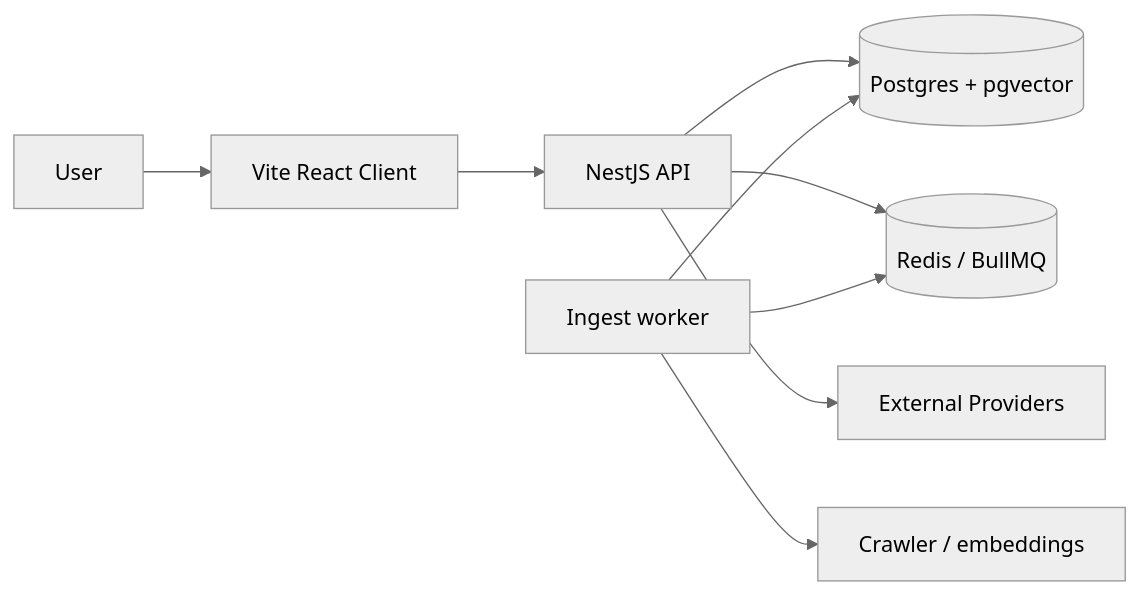
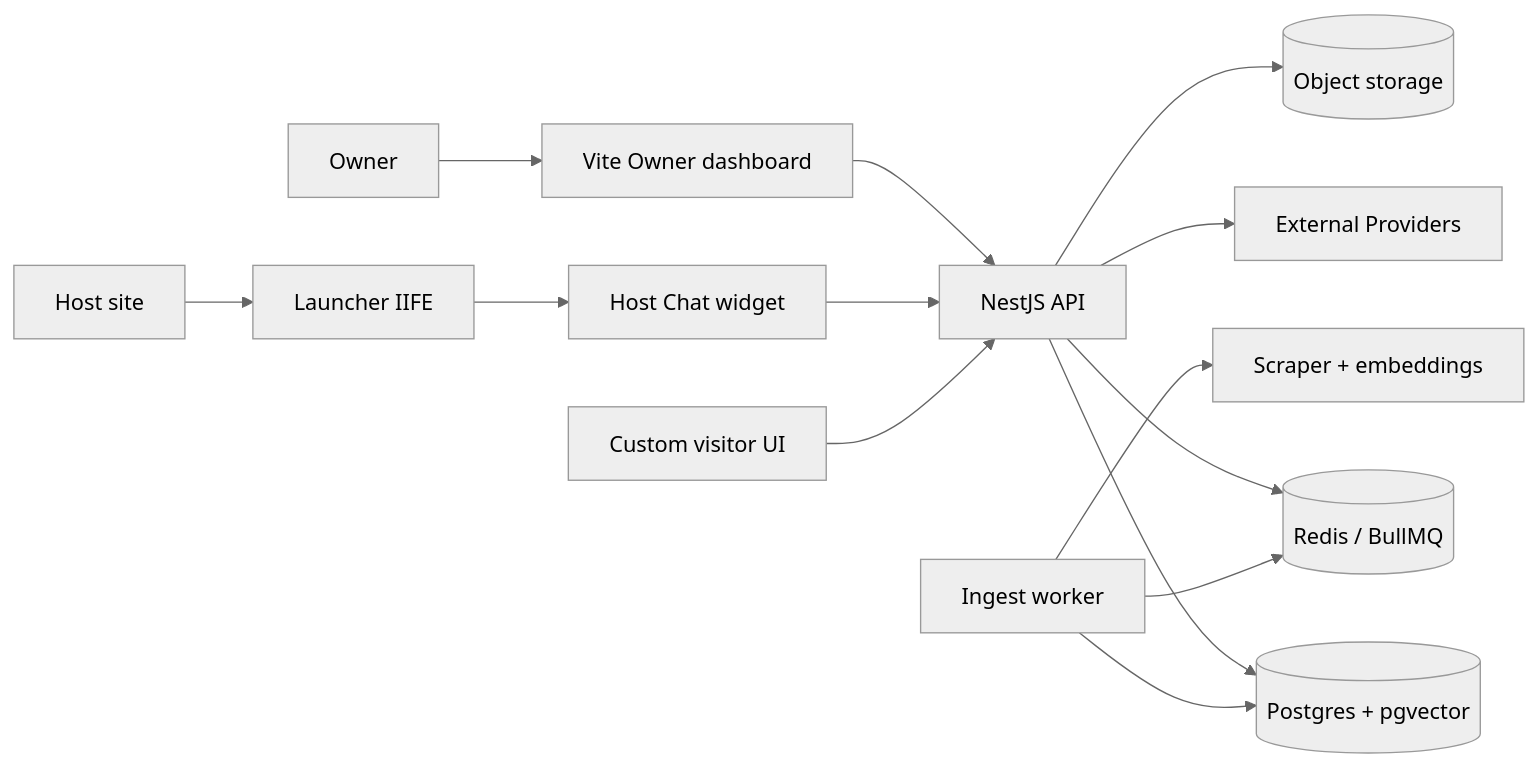
One commit to matzapata/explainit changed the first of 3 diagrams in docs/architecture.md. Above: the diagram before and after it, drawn with Mermaid (neutral theme). The commit also changed other lines of this file and 13 other files, not shown here.

Commit message:
docs: add product screenshots and clean up Owner/Host architecture

````diff
--- a/docs/architecture.md
+++ b/docs/architecture.md
@@ -24,11 +24,16 @@
 ```mermaid
 flowchart LR
-  User[User] --> Client[Vite React Client]
+  Owner[Owner] --> Client[Vite Owner dashboard]
+  HostPage[Host site] --> Launcher[Launcher IIFE]
+  Launcher --> HostChat[Host Chat widget]
   Client --> API[NestJS API]
+  HostChat --> API
+  VisitorUI[Custom visitor UI] --> API
   API --> DB[(Postgres + pgvector)]
   API --> Redis[(Redis / BullMQ)]
   Worker[Ingest worker] --> Redis
   Worker --> DB
-  Worker --> Crawler[Crawler / embeddings]
+  Worker --> Scrape[Scraper + embeddings]
   API --> Providers[External Providers]
+  API --> ObjectStore[(Object storage)]
 ```
````
